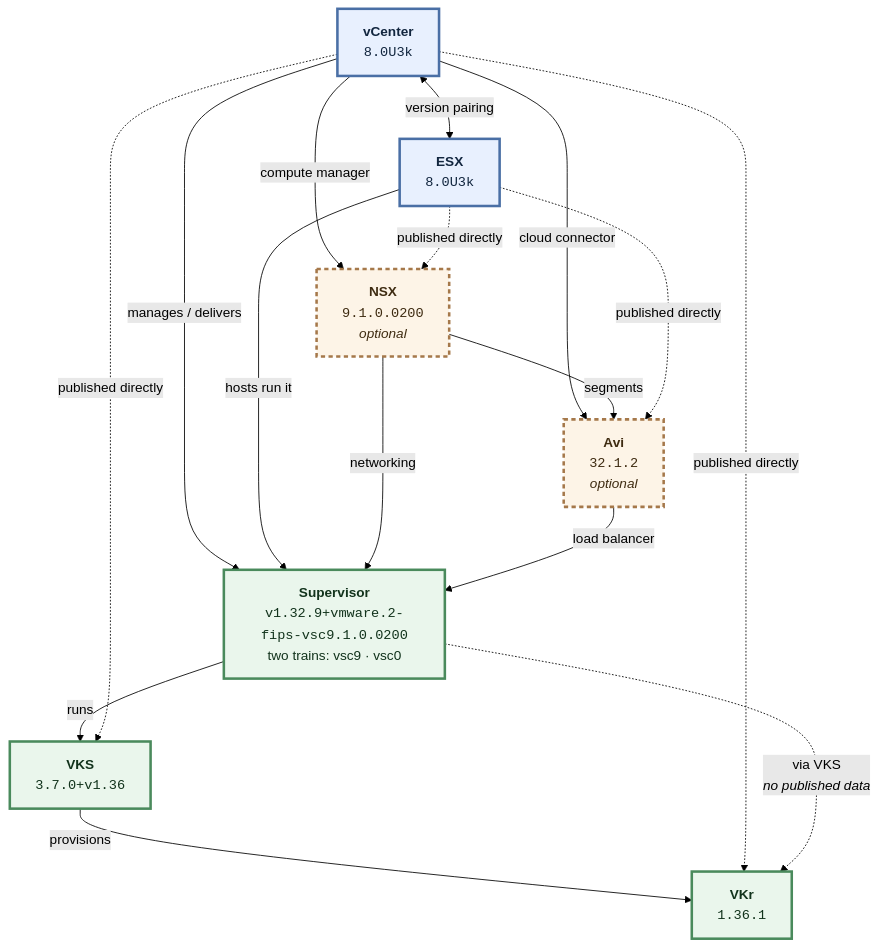
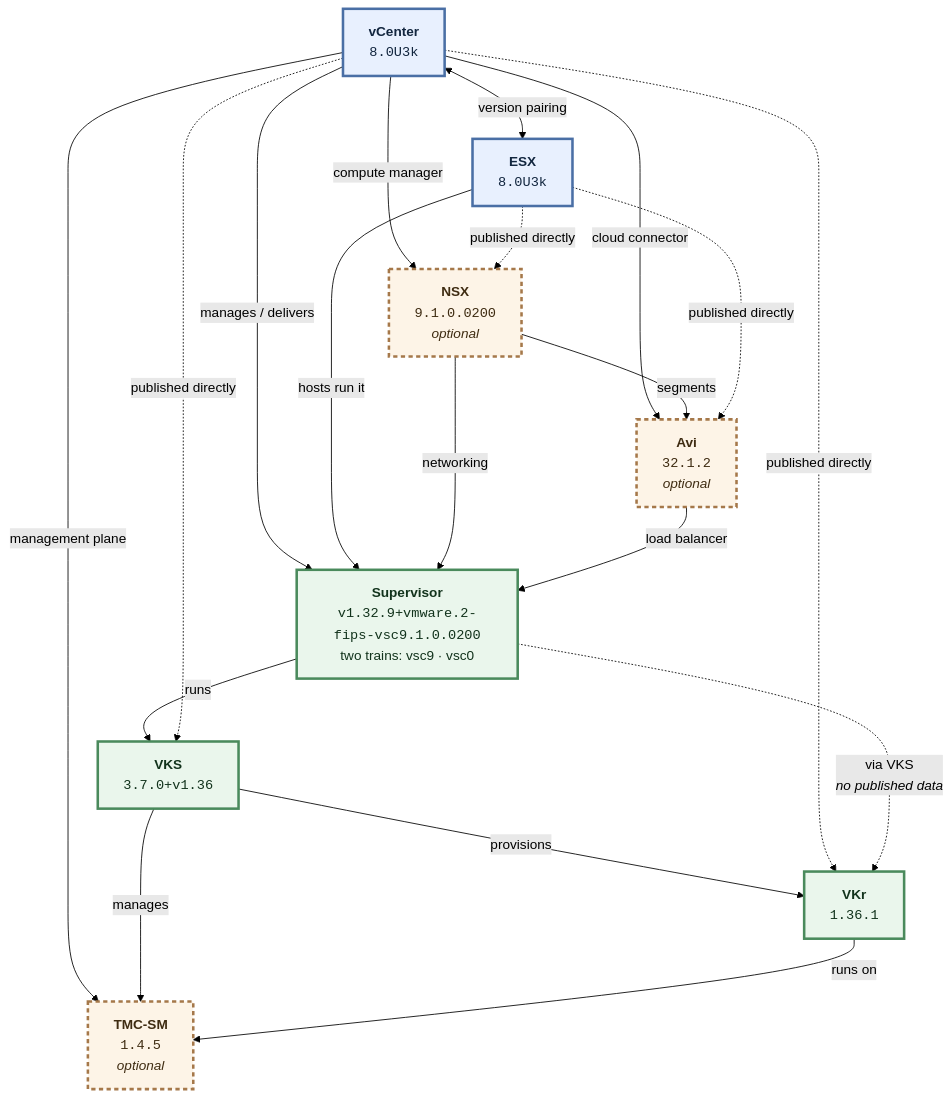
The diagram in docs/model.md (warroyo/vkstack), drawn with Mermaid (forest theme) before and after one commit. The commit also changed other lines of this file and 19 other files, not shown here.

````diff
--- a/docs/model.md
+++ b/docs/model.md
@@ -12,33 +14,37 @@
 ```mermaid
 flowchart TD
     VCENTER["<b>vCenter</b><br/><code>8.0U3k</code>"]
     ESX["<b>ESX</b><br/><code>8.0U3k</code>"]
     NSX["<b>NSX</b><br/><code>9.1.0.0200</code><br/><i>optional</i>"]
     AVI["<b>Avi</b><br/><code>32.1.2</code><br/><i>optional</i>"]
     SUPERVISOR["<b>Supervisor</b><br/><code>v1.32.9+vmware.2-fips-vsc9.1.0.0200</code><br/>two trains: vsc9 · vsc0"]
     VKS["<b>VKS</b><br/><code>3.7.0+v1.36</code>"]
     VKR["<b>VKr</b><br/><code>1.36.1</code>"]
+    TMC["<b>TMC-SM</b><br/><code>1.4.5</code><br/><i>optional</i>"]
 
     VCENTER <-->|"version pairing"| ESX
     VCENTER -->|"manages / delivers"| SUPERVISOR
     ESX -->|"hosts run it"| SUPERVISOR
     SUPERVISOR -->|"runs"| VKS
     VKS -->|"provisions"| VKR
     VCENTER -.->|"published directly"| VKS
     VCENTER -.->|"published directly"| VKR
     SUPERVISOR -.->|"via VKS<br/><i>no published data</i>"| VKR
     VCENTER -->|"compute manager"| NSX
     ESX -.->|"published directly"| NSX
     NSX -->|"networking"| SUPERVISOR
     VCENTER -->|"cloud connector"| AVI
     NSX -->|"segments"| AVI
     AVI -->|"load balancer"| SUPERVISOR
     ESX -.->|"published directly"| AVI
+    VCENTER -->|"management plane"| TMC
+    VKS -->|"manages"| TMC
+    VKR -->|"runs on"| TMC
 
     classDef base fill:#e8f0fe,stroke:#4a6fa5,stroke-width:3px,color:#12263f
     classDef k8s fill:#eaf6ec,stroke:#4a8a5c,stroke-width:3px,color:#12331c
     classDef optional fill:#fdf4e7,stroke:#a5784a,stroke-width:3px,stroke-dasharray:5 4,color:#3f2c12
     class VCENTER,ESX base
     class SUPERVISOR,VKS,VKR k8s
-    class NSX,AVI optional
+    class NSX,AVI,TMC optional
 ```
````
